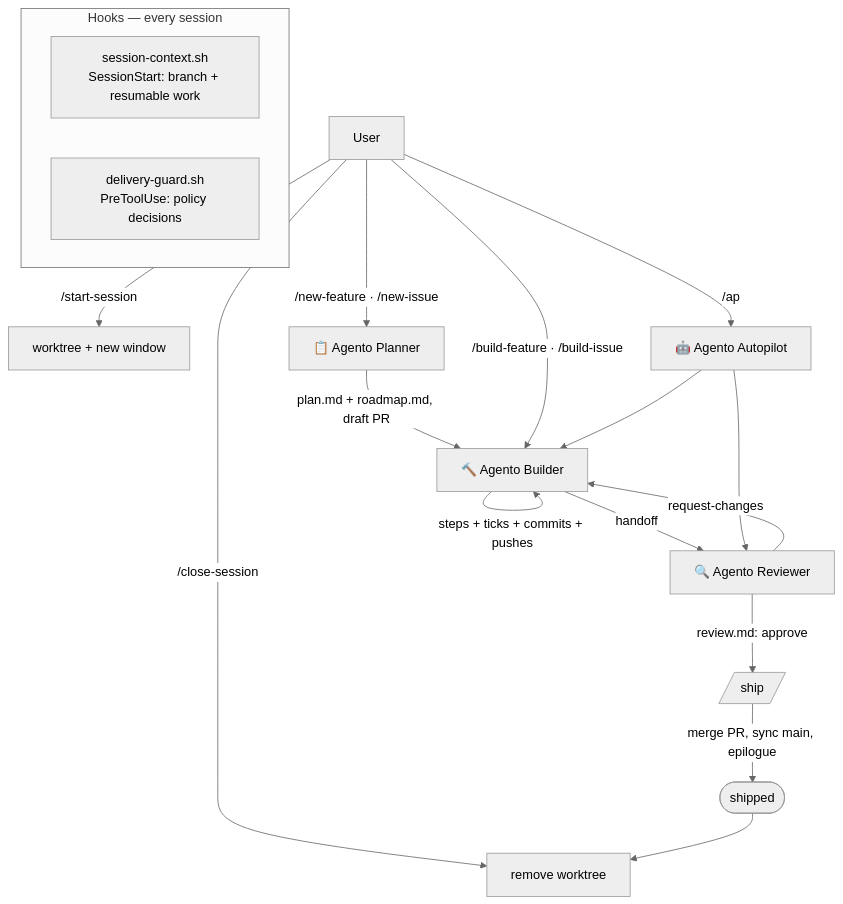
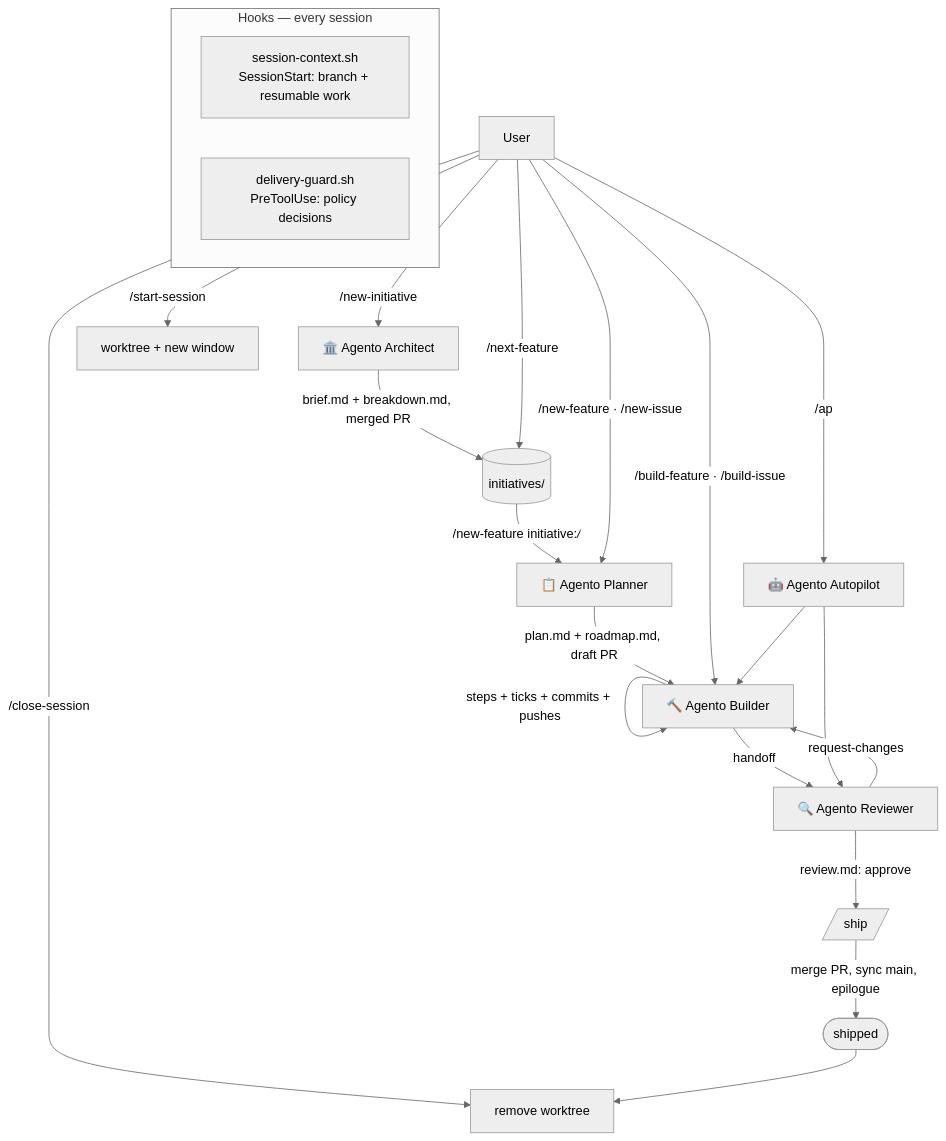
Before and after one commit to david-perry-software/agento: the diagram in docs/architecture.md, drawn with Mermaid (neutral theme). The commit also changed other lines of this file and 4 other files, not shown here.

Commit message:
docs: describe the initiative flow, Architect, and initiative deriver

````diff
--- a/docs/architecture.md
+++ b/docs/architecture.md
@@ -3,22 +3,26 @@
 ```mermaid
 flowchart TD
-    U[User] -->|"/start-session"| SS[worktree + new window]
+    U[User] -->|"/new-initiative"| A[🏛️ Agento Architect]
+    A -->|"brief.md + breakdown.md, merged PR"| INIT[(initiatives/)]
+    U -->|"/next-feature"| INIT
+    INIT -->|"/new-feature initiative:<i>/<f>"| P
+    U -->|"/start-session"| SS[worktree + new window]
     U -->|"/new-feature · /new-issue"| P[📋 Agento Planner]
     P -->|plan.md + roadmap.md, draft PR| B
     U -->|"/build-feature · /build-issue"| B[🔨 Agento Builder]
     B -->|"steps + ticks + commits + pushes"| B
     B -->|handoff| R[🔍 Agento Reviewer]
     R -->|review.md: approve| SHIP[/ship/]
     R -->|request-changes| B
     U -->|"/ap"| AP[🤖 Agento Autopilot]
     AP --> B
     AP --> R
     SHIP -->|merge PR, sync main, epilogue| DONE([shipped])
     U -->|"/close-session"| CLOSE[remove worktree]
     DONE --> CLOSE
 
     subgraph hooks [Hooks — every session]
         SC[session-context.sh<br/>SessionStart: branch + resumable work]
         DG[delivery-guard.sh<br/>PreToolUse: policy decisions]
     end
 ```
````
